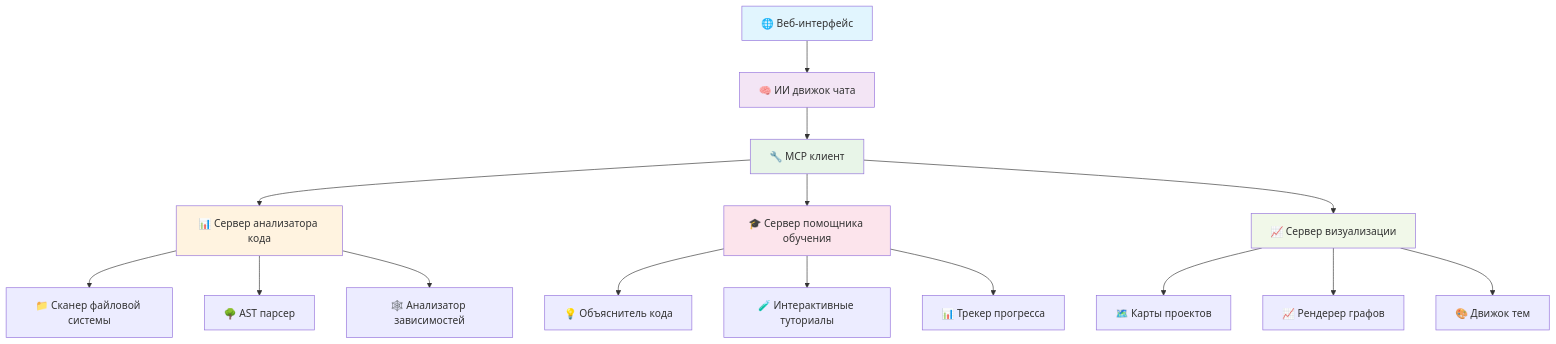
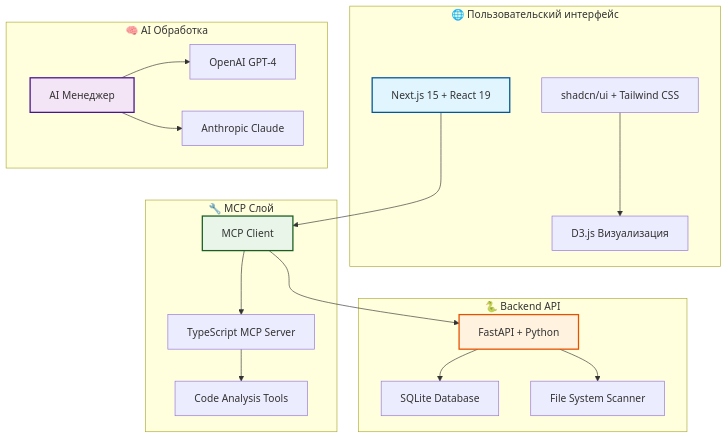
The first of 2 diagrams in README.ru.md (ivan-meer/mcp-code-analyzer), drawn with Mermaid before and after one commit. The commit also changed other lines of this file and 5 other files, not shown here.

````diff
--- a/README.ru.md
+++ b/README.ru.md
@@ -121,27 +155,41 @@
 ```mermaid
 graph TB
-    A[🌐 Веб-интерфейс] --> B[🧠 ИИ движок чата]
-    B --> C[🔧 MCP клиент]
-    C --> D[📊 Сервер анализатора кода]
-    C --> E[🎓 Сервер помощника обучения]
-    C --> F[📈 Сервер визуализации]
+    subgraph "🌐 Пользовательский интерфейс"
+        A[Next.js 15 + React 19]
+        B[shadcn/ui + Tailwind CSS]
+        C[D3.js Визуализация]
+    end
     
-    D --> G[📁 Сканер файловой системы]
-    D --> H[🌳 AST парсер]
-    D --> I[🕸️ Анализатор зависимостей]
+    subgraph "🧠 AI Обработка"
+        D[AI Менеджер]
+        E[OpenAI GPT-4]
+        F[Anthropic Claude]
+    end
     
-    E --> J[💡 Объяснитель кода]
-    E --> K[🧪 Интерактивные туториалы]
-    E --> L[📊 Трекер прогресса]
+    subgraph "🔧 MCP Слой"
+        G[MCP Client]
+        H[TypeScript MCP Server]
+        I[Code Analysis Tools]
+    end
     
-    F --> M[🗺️ Карты проектов]
-    F --> N[📈 Рендерер графов]
-    F --> O[🎨 Движок тем]
+    subgraph "🐍 Backend API"
+        J[FastAPI + Python]
+        K[SQLite Database]
+        L[File System Scanner]
+    end
     
-    style A fill:#e1f5fe
-    style B fill:#f3e5f5
-    style C fill:#e8f5e8
-    style D fill:#fff3e0
-    style E fill:#fce4ec
-    style F fill:#f1f8e9
+    A --> G
+    B --> C
+    D --> E
+    D --> F
+    G --> H
+    H --> I
+    J --> K
+    J --> L
+    G --> J
+    
+    style A fill:#e1f5fe,stroke:#01579b,stroke-width:2px
+    style D fill:#f3e5f5,stroke:#4a148c,stroke-width:2px
+    style G fill:#e8f5e8,stroke:#1b5e20,stroke-width:2px
+    style J fill:#fff3e0,stroke:#e65100,stroke-width:2px
 ```
````
